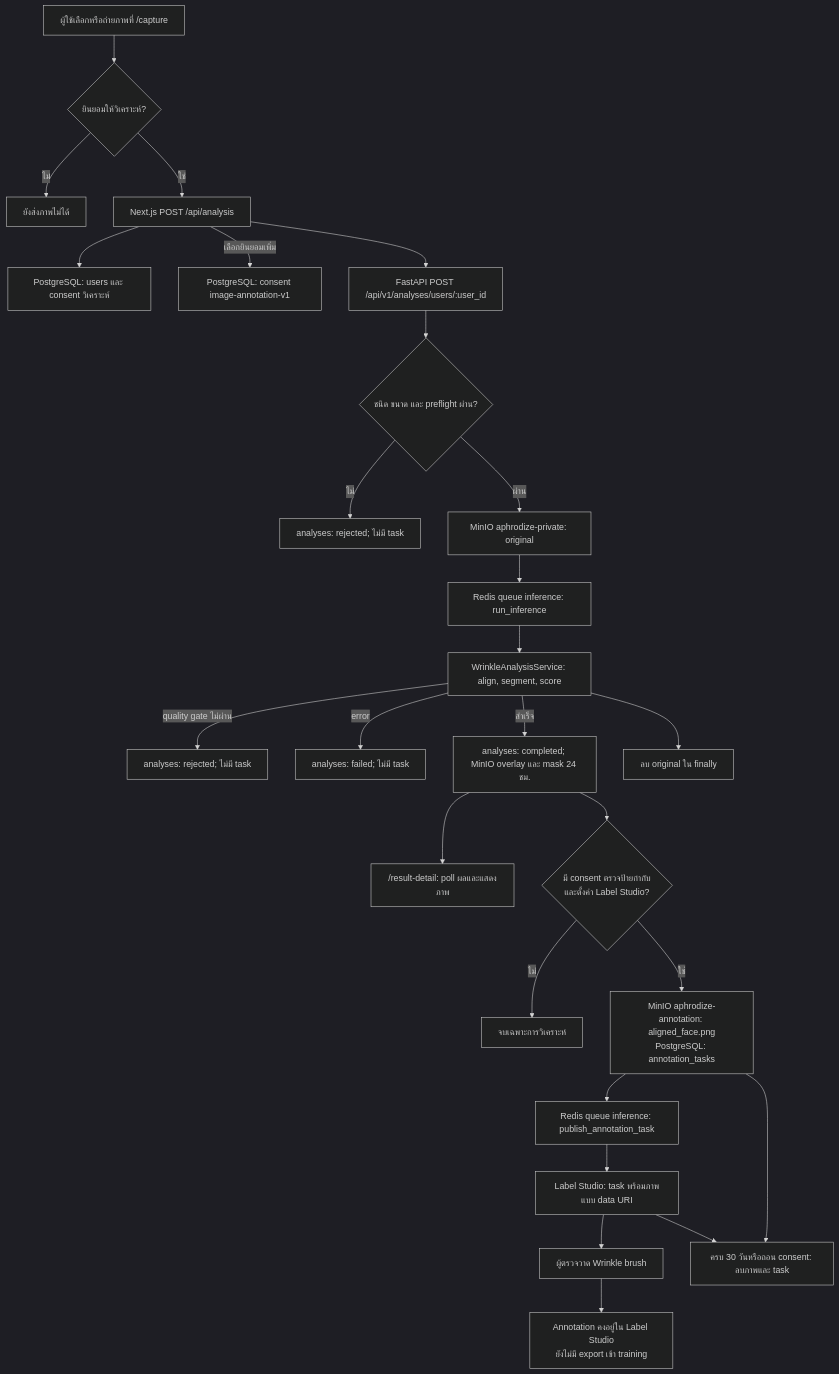
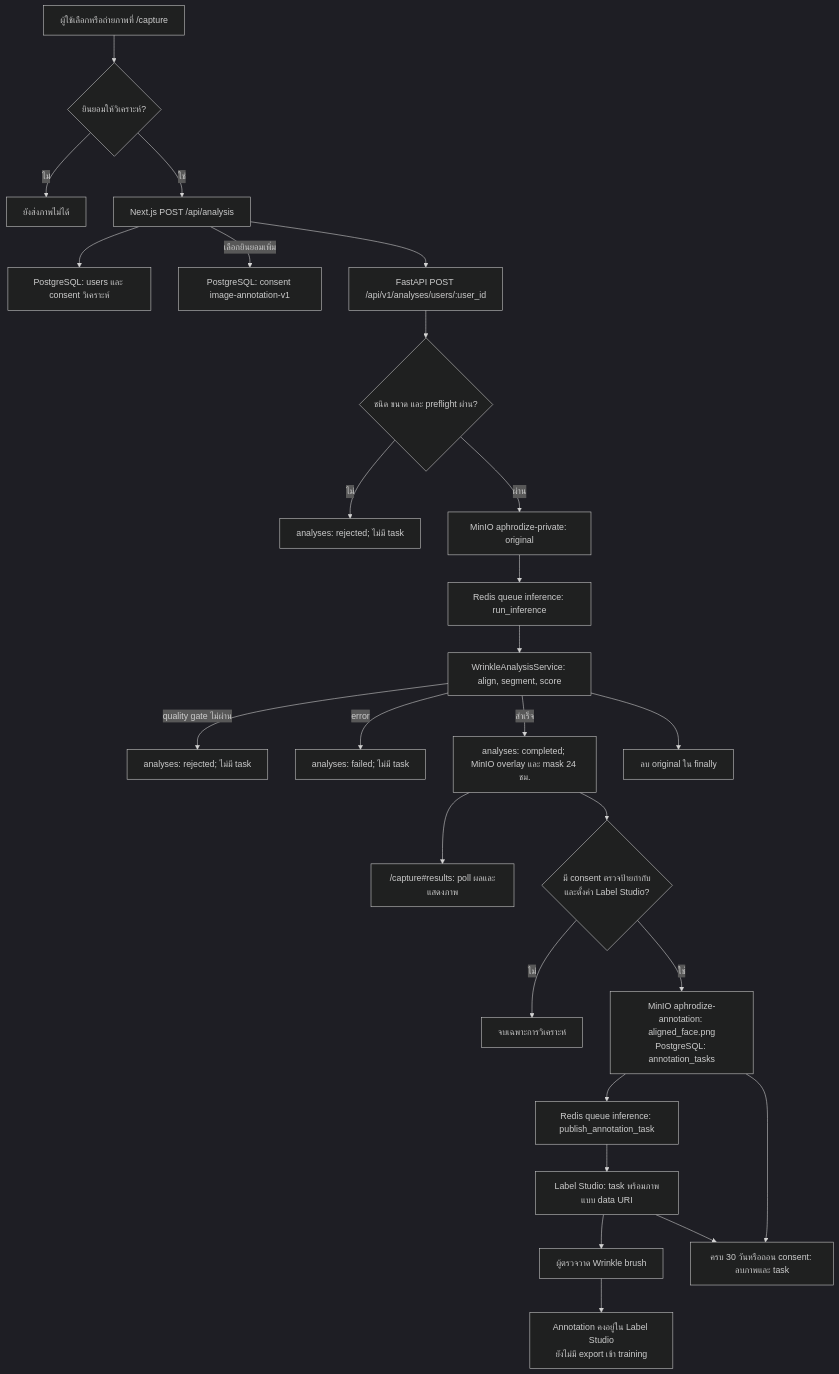
Before and after one commit to PacharaponK/Aphrodize: the first of 2 diagrams in docs/architecture/diagrams/ai-review-mlops-flow.md, drawn with Mermaid (dark theme). The commit also changed other lines of this file and 38 other files, not shown here.

````diff
--- a/docs/architecture/diagrams/ai-review-mlops-flow.md
+++ b/docs/architecture/diagrams/ai-review-mlops-flow.md
@@ -7,28 +7,28 @@
 ```mermaid
 flowchart TD
     U["ผู้ใช้เลือกหรือถ่ายภาพที่ /capture"] --> C{"ยินยอมให้วิเคราะห์?"}
     C -->|ไม่| STOP["ยังส่งภาพไม่ได้"]
     C -->|ใช่| N["Next.js POST /api/analysis"]
     N --> CO["PostgreSQL: users และ consent วิเคราะห์"]
     N -->|เลือกยินยอมเพิ่ม| AC["PostgreSQL: consent image-annotation-v1"]
     N --> API["FastAPI POST /api/v1/analyses/users/:user_id"]
     API --> Q{"ชนิด ขนาด และ preflight ผ่าน?"}
     Q -->|ไม่| REJ["analyses: rejected; ไม่มี task"]
     Q -->|ผ่าน| ORIG["MinIO aphrodize-private: original"]
     ORIG --> AQ["Redis queue inference: run_inference"]
     AQ --> AI["WrinkleAnalysisService: align, segment, score"]
     AI -->|quality gate ไม่ผ่าน| REJ2["analyses: rejected; ไม่มี task"]
     AI -->|error| FAIL["analyses: failed; ไม่มี task"]
     AI -->|สำเร็จ| RESULT["analyses: completed; MinIO overlay และ mask 24 ชม."]
-    RESULT --> WEB["/result-detail: poll ผลและแสดงภาพ"]
+    RESULT --> WEB["/capture#results: poll ผลและแสดงภาพ"]
     RESULT --> G{"มี consent ตรวจป้ายกำกับ<br/>และตั้งค่า Label Studio?"}
     G -->|ไม่| END["จบเฉพาะการวิเคราะห์"]
     G -->|ใช่| STAGE["MinIO aphrodize-annotation: aligned_face.png<br/>PostgreSQL: annotation_tasks"]
     STAGE --> PUB["Redis queue inference: publish_annotation_task"]
     PUB --> LS["Label Studio: task พร้อมภาพแบบ data URI"]
     LS --> HUMAN["ผู้ตรวจวาด Wrinkle brush"]
     HUMAN --> WAIT["Annotation คงอยู่ใน Label Studio<br/>ยังไม่มี export เข้า training"]
     STAGE --> RET["ครบ 30 วันหรือถอน consent: ลบภาพและ task"]
     LS --> RET
     AI --> DEL["ลบ original ใน finally"]
 ```
````
